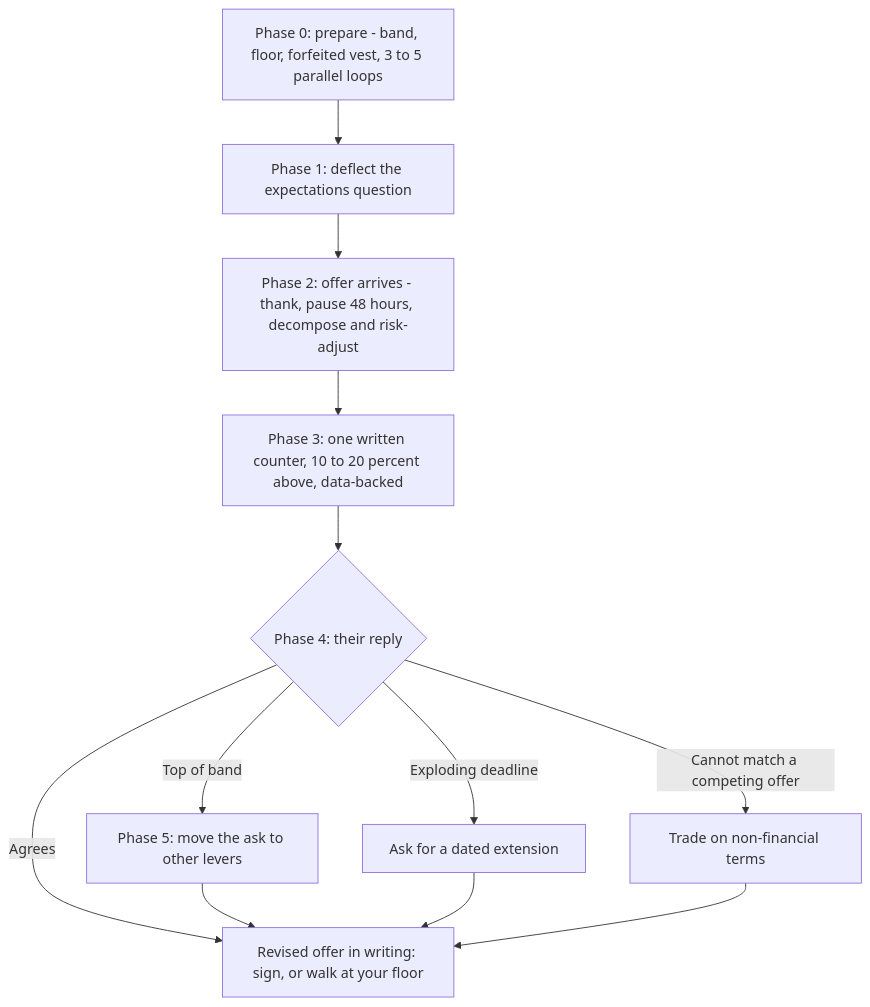
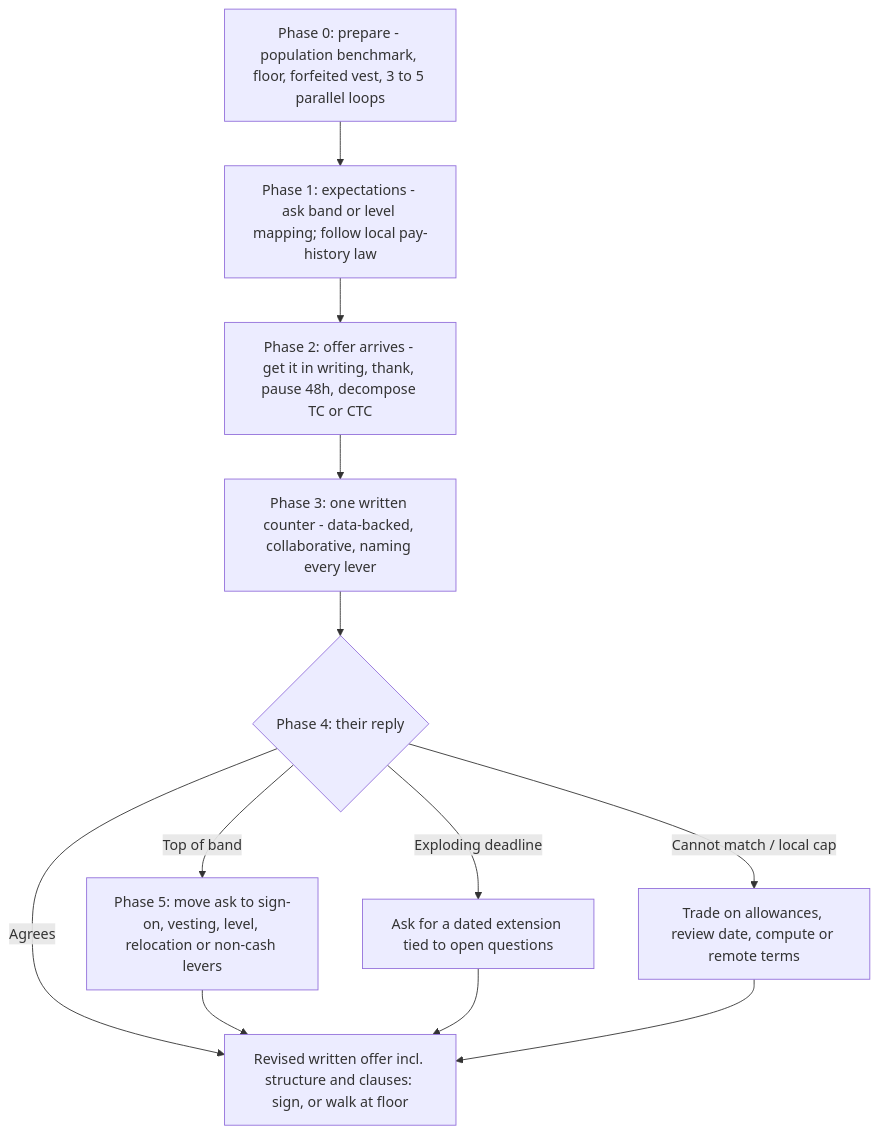
Before and after one commit to bhaskarjha-dev/genai-career: the diagram in career/09-compensation/negotiation-playbook.md, drawn with Mermaid. The commit also changed other lines of this file and 7 other files, not shown here.

````diff
--- a/career/09-compensation/negotiation-playbook.md
+++ b/career/09-compensation/negotiation-playbook.md
@@ -33,14 +33,14 @@
 ```mermaid
 flowchart TD
-    P0["Phase 0: prepare - band, floor, forfeited vest, 3 to 5 parallel loops"] --> P1["Phase 1: deflect the expectations question"]
-    P1 --> P2["Phase 2: offer arrives - thank, pause 48 hours, decompose and risk-adjust"]
-    P2 --> P3["Phase 3: one written counter, 10 to 20 percent above, data-backed"]
+    P0["Phase 0: prepare - population benchmark, floor, forfeited vest, 3 to 5 parallel loops"] --> P1["Phase 1: expectations - ask band or level mapping; follow local pay-history law"]
+    P1 --> P2["Phase 2: offer arrives - get it in writing, thank, pause 48h, decompose TC or CTC"]
+    P2 --> P3["Phase 3: one written counter - data-backed, collaborative, naming every lever"]
     P3 --> P4{"Phase 4: their reply"}
-    P4 -->|"Agrees"| W["Revised offer in writing: sign, or walk at your floor"]
-    P4 -->|"Top of band"| P5["Phase 5: move the ask to other levers"]
-    P4 -->|"Exploding deadline"| X["Ask for a dated extension"]
-    P4 -->|"Cannot match a competing offer"| Y["Trade on non-financial terms"]
+    P4 -->|"Agrees"| W["Revised written offer incl. structure and clauses: sign, or walk at floor"]
+    P4 -->|"Top of band"| P5["Phase 5: move ask to sign-on, vesting, level, relocation or non-cash levers"]
+    P4 -->|"Exploding deadline"| X["Ask for a dated extension tied to open questions"]
+    P4 -->|"Cannot match / local cap"| Y["Trade on allowances, review date, compute or remote terms"]
     P5 --> W
     X --> W
     Y --> W
 ```
````
